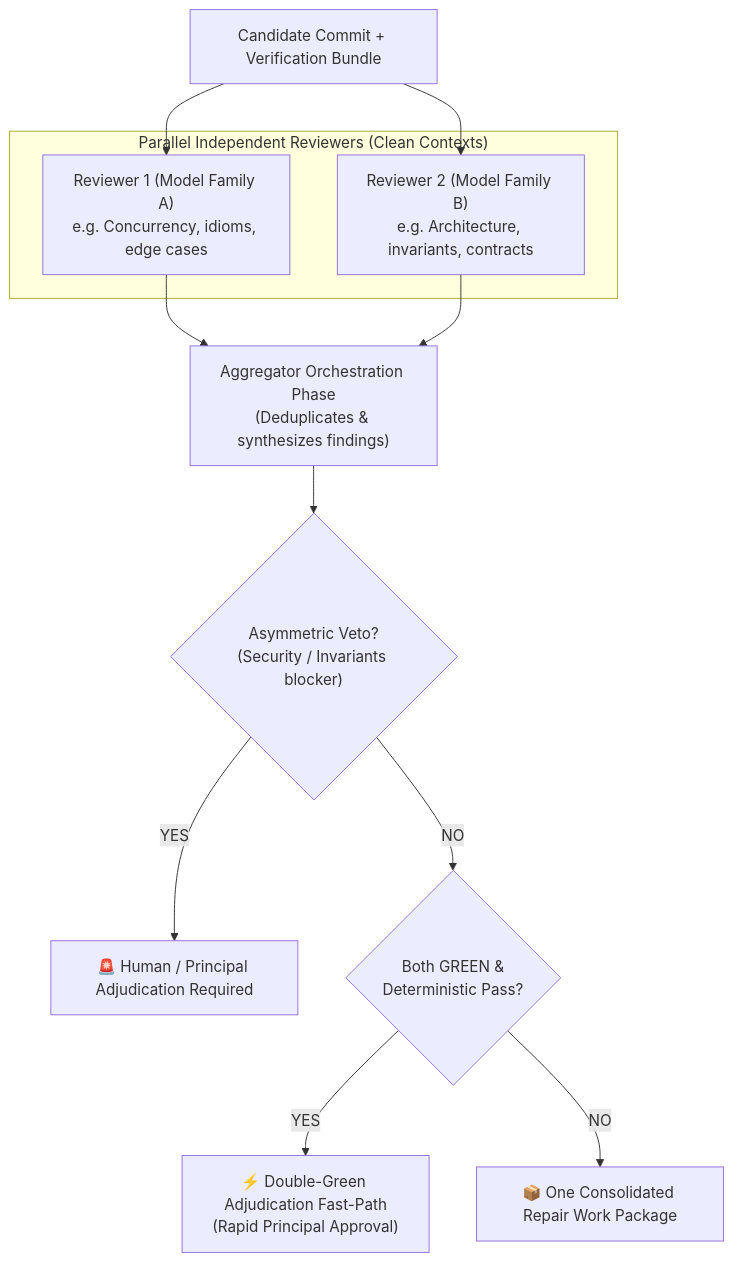
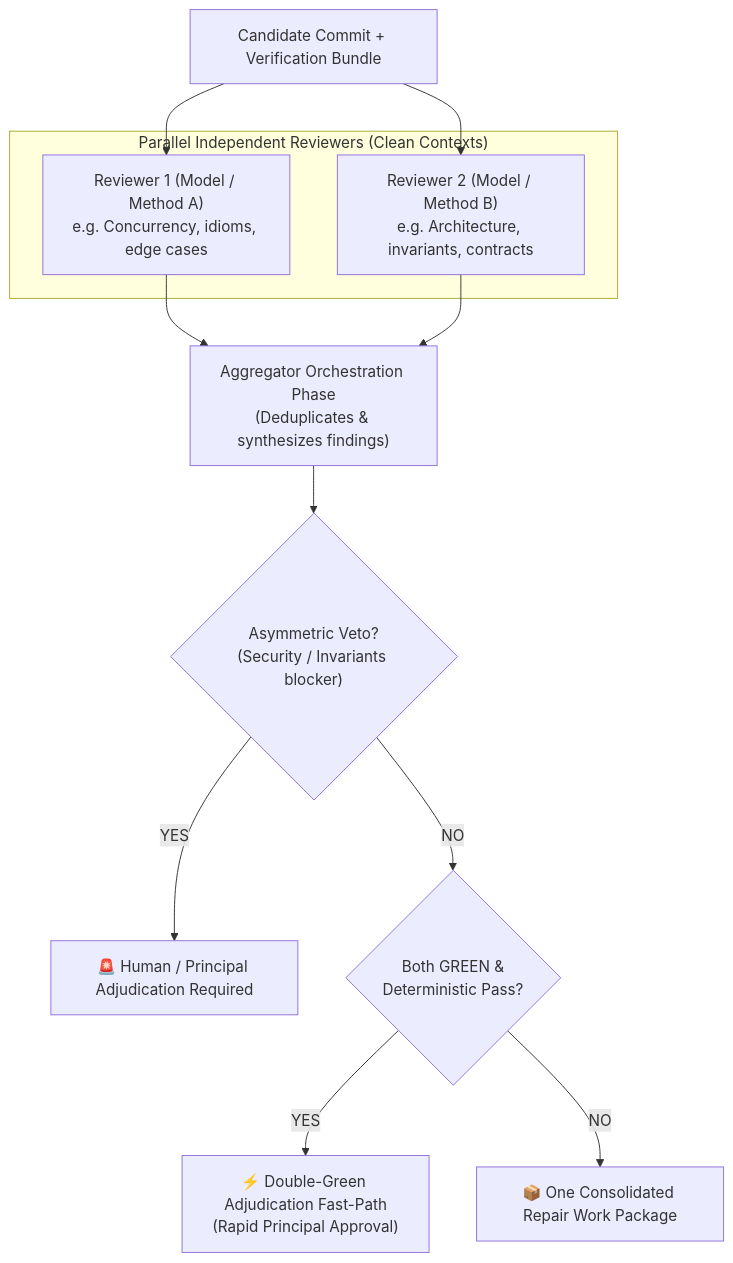
Before and after one commit to olostan/DevCadence: the diagram in docs/adr/0019-non-conversational-cognition-and-adaptive-review.md, drawn with Mermaid. The commit also changed other lines of this file and 3 other files, not shown here.

````diff
--- a/docs/adr/0019-non-conversational-cognition-and-adaptive-review.md
+++ b/docs/adr/0019-non-conversational-cognition-and-adaptive-review.md
@@ -159,22 +167,22 @@
 ```mermaid
 flowchart TD
     Candidate["Candidate Commit + Verification Bundle"]
     
     subgraph DualReview ["Parallel Independent Reviewers (Clean Contexts)"]
-        R1["Reviewer 1 (Model Family A)<br/>e.g. Concurrency, idioms, edge cases"]
-        R2["Reviewer 2 (Model Family B)<br/>e.g. Architecture, invariants, contracts"]
+        R1["Reviewer 1 (Model / Method A)<br/>e.g. Concurrency, idioms, edge cases"]
+        R2["Reviewer 2 (Model / Method B)<br/>e.g. Architecture, invariants, contracts"]
     end
     
     Candidate --> R1
     Candidate --> R2
     
     R1 --> Aggregator["Aggregator Orchestration Phase<br/>(Deduplicates & synthesizes findings)"]
     R2 --> Aggregator
     
     Aggregator --> Veto{"Asymmetric Veto?<br/>(Security / Invariants blocker)"}
     Veto -->|"YES"| HumanEsc["🚨 Human / Principal Adjudication Required"]
     Veto -->|"NO"| Gate{"Both GREEN &<br/>Deterministic Pass?"}
     
     Gate -->|"YES"| FastPath["⚡ Double-Green Adjudication Fast-Path<br/>(Rapid Principal Approval)"]
     Gate -->|"NO"| Repair["📦 One Consolidated Repair Work Package"]
 ```
````
